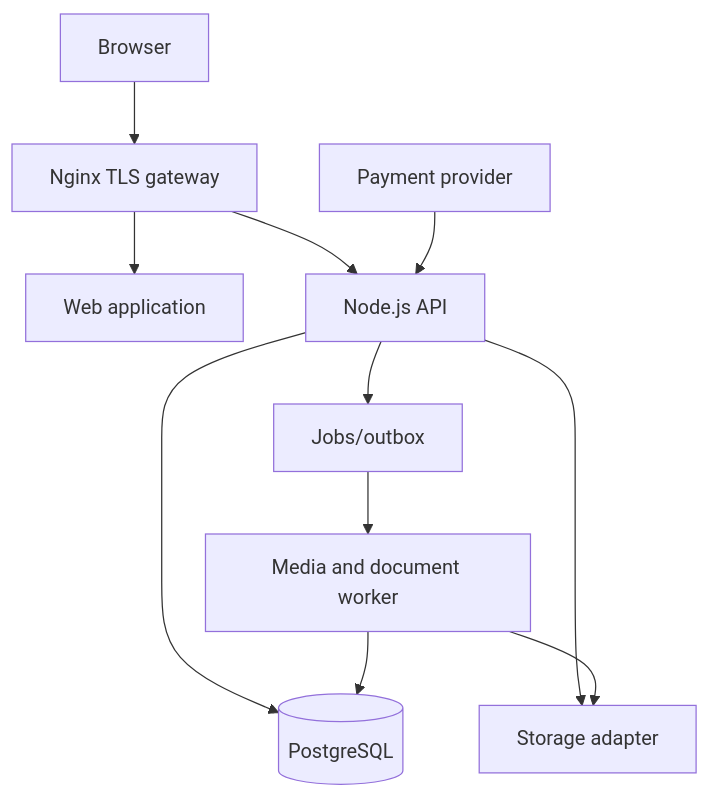
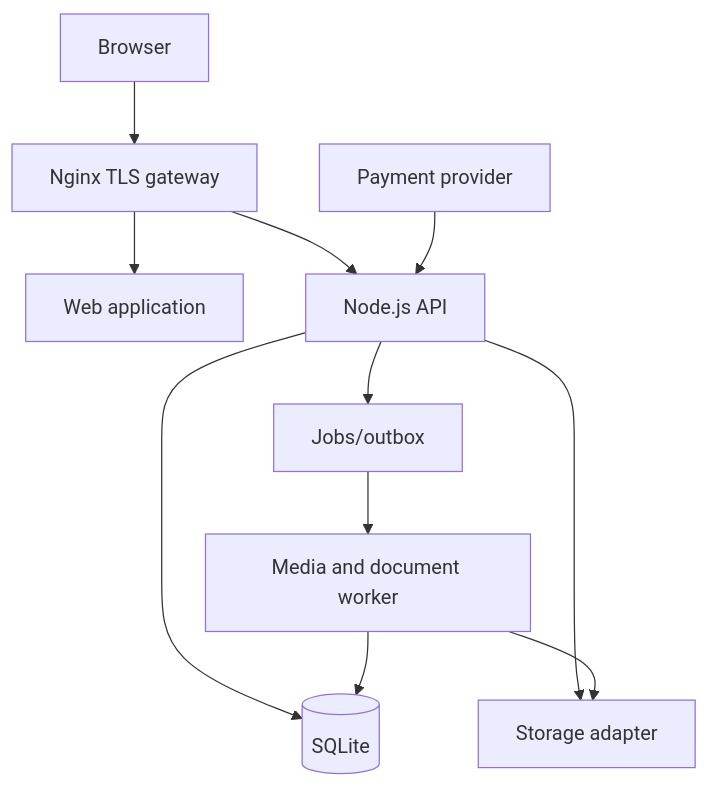
The diagram in docs/02-architecture.md (souzamonteiro/maia-lms), drawn with Mermaid before and after one commit. The commit also changed other lines of this file and 88 other files, not shown here.

````diff
--- a/docs/02-architecture.md
+++ b/docs/02-architecture.md
@@ -5,13 +5,13 @@
 ```mermaid
 flowchart TD
   Browser[Browser] --> Nginx[Nginx TLS gateway]
   Nginx --> Web[Web application]
   Nginx --> API[Node.js API]
-  API --> PG[(PostgreSQL)]
+  API --> DB[(SQLite)]
   API --> Store[Storage adapter]
   API --> Queue[Jobs/outbox]
   Queue --> Worker[Media and document worker]
   Worker --> Store
-  Worker --> PG
+  Worker --> DB
   Provider[Payment provider] --> API
 ```
````
